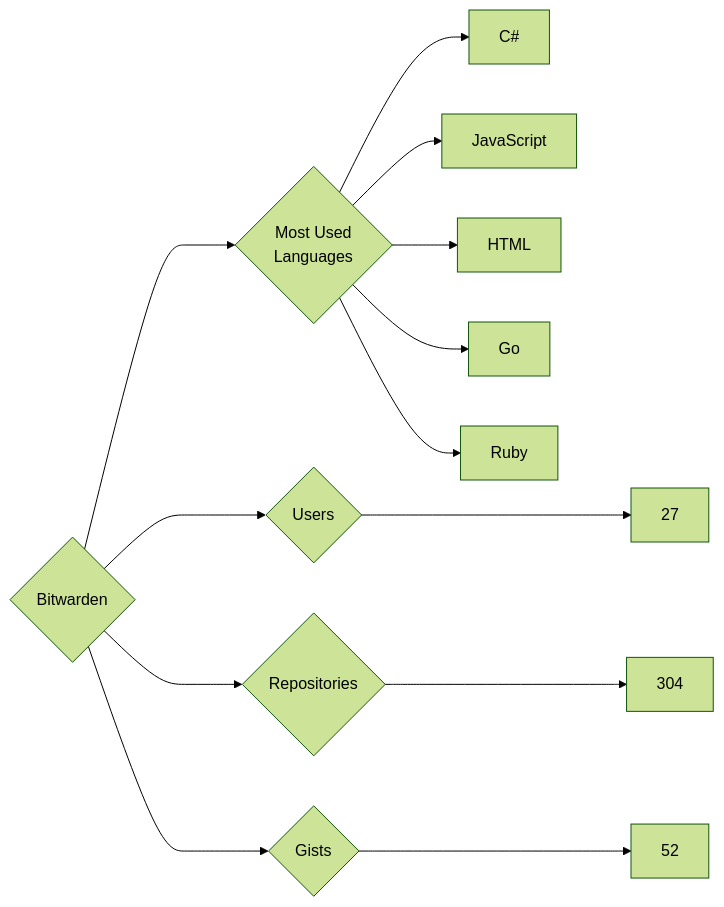
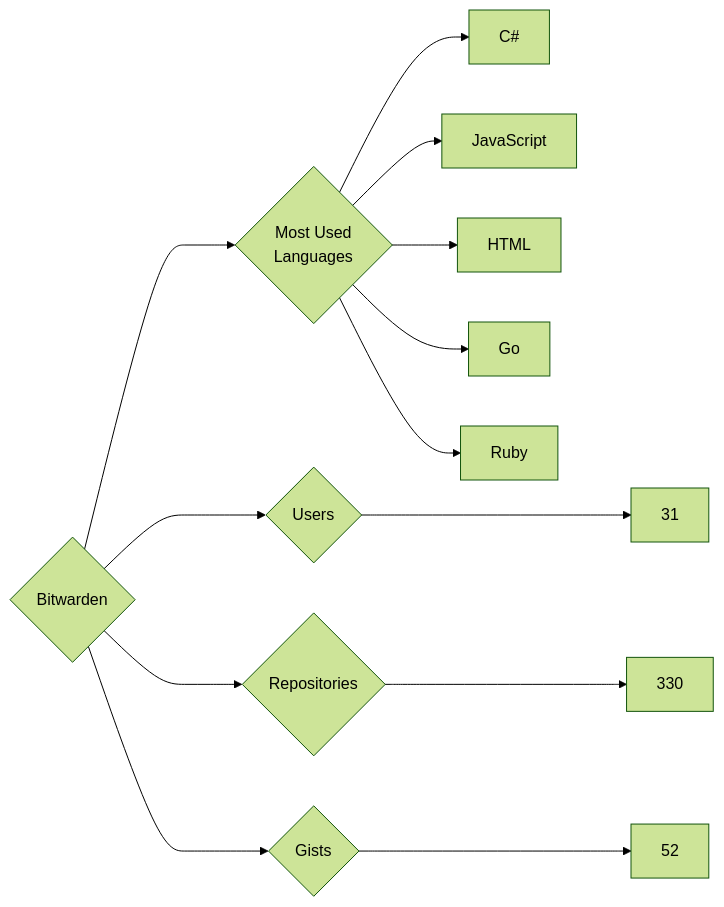
One commit to trickest/insiders changed the diagram in targets/Bitwarden/README.md. Above: the diagram before and after it, drawn with Mermaid (forest theme). The commit also changed 838 other files, not shown here.

````diff
--- a/targets/Bitwarden/README.md
+++ b/targets/Bitwarden/README.md
@@ -3,13 +3,13 @@
 ```mermaid
 graph LR
 COMPANY_NAME{Bitwarden}
-COMPANY_NAME ---> U{Users} ---> UN[27]
-COMPANY_NAME ---> R{Repositories} ---> RN[304]
+COMPANY_NAME ---> U{Users} ---> UN[31]
+COMPANY_NAME ---> R{Repositories} ---> RN[330]
 COMPANY_NAME ---> G{Gists} ---> GN[52]
 COMPANY_NAME ---> ML{Most Used<br>Languages}
 ML --> C#[C#]
 ML --> JavaScript[JavaScript]
 ML --> HTML[HTML]
 ML --> Go[Go]
 ML --> Ruby[Ruby]
 ```
````
